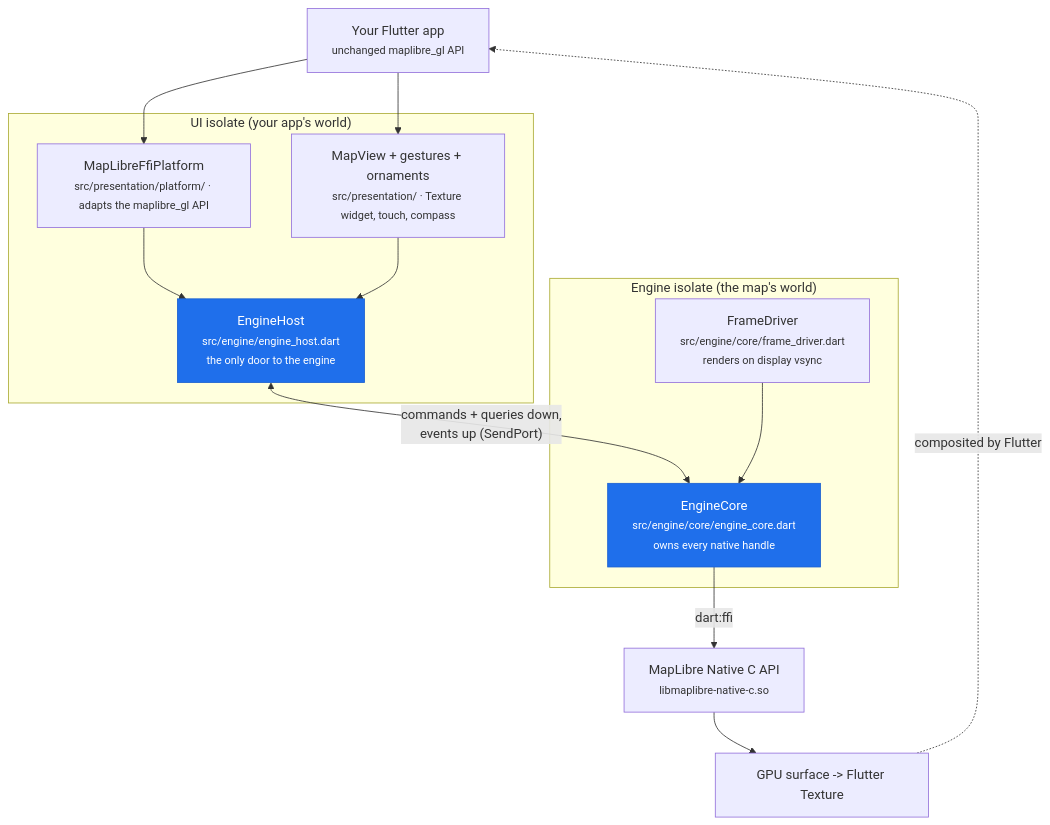
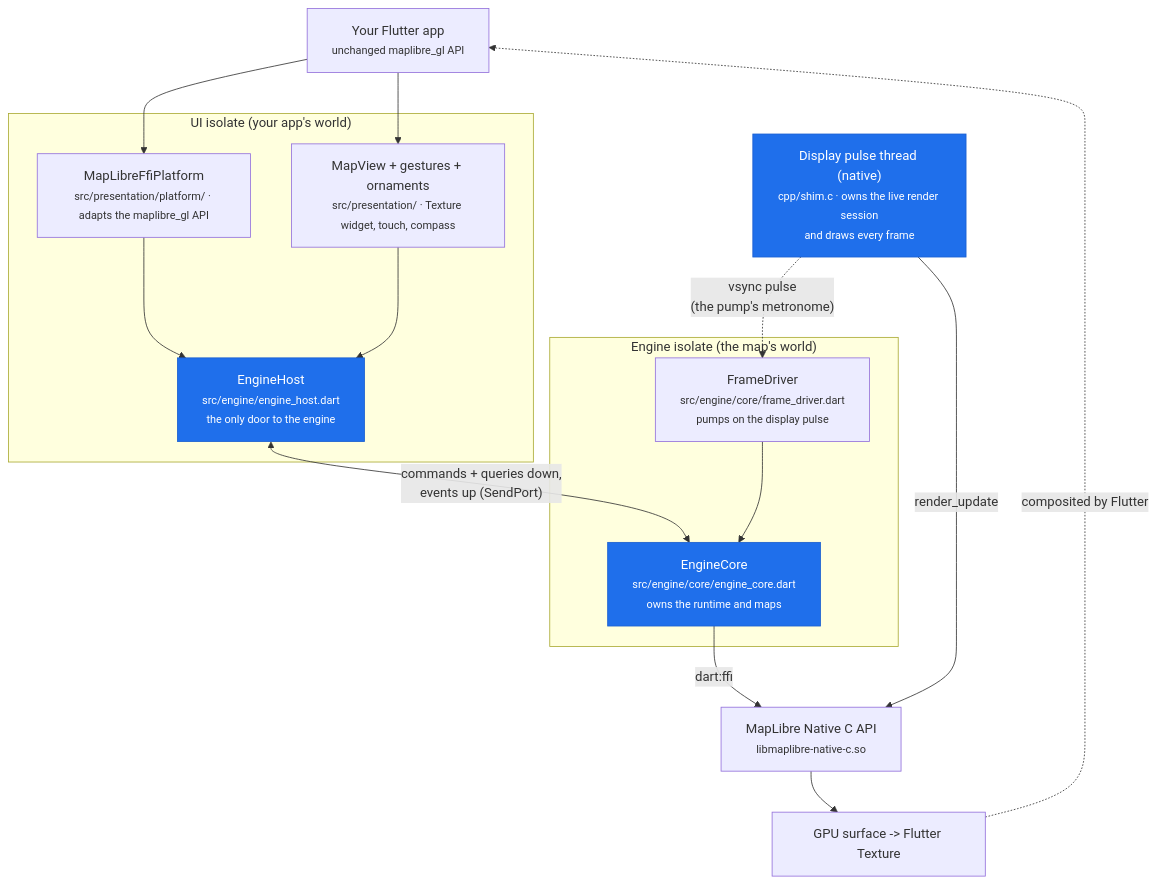
One commit to maplibre/flutter-maplibre-gl changed the first of 3 diagrams in maplibre_gl_native/ARCHITECTURE.md. Above: the diagram before and after it, drawn with Mermaid. The commit also changed other lines of this file and 7 other files, not shown here.

Commit message:
docs(ffi): make the docs match who draws, and add an MLN_NATIVE_HTTP escape hatch

````diff
--- a/maplibre_gl_native/ARCHITECTURE.md
+++ b/maplibre_gl_native/ARCHITECTURE.md
@@ -11,28 +11,31 @@
 ```mermaid
 flowchart TD
     APP["Your Flutter app<br/><small>unchanged maplibre_gl API</small>"]
     subgraph UI["UI isolate (your app's world)"]
         PLAT["MapLibreFfiPlatform<br/><small>src/presentation/platform/ · adapts the maplibre_gl API</small>"]
         VIEW["MapView + gestures + ornaments<br/><small>src/presentation/ · Texture widget, touch, compass</small>"]
         HOST["EngineHost<br/><small>src/engine/engine_host.dart<br/>the only door to the engine</small>"]
     end
     subgraph ENGINE["Engine isolate (the map's world)"]
-        DRIVER["FrameDriver<br/><small>src/engine/core/frame_driver.dart<br/>renders on display vsync</small>"]
-        CORE["EngineCore<br/><small>src/engine/core/engine_core.dart<br/>owns every native handle</small>"]
+        DRIVER["FrameDriver<br/><small>src/engine/core/frame_driver.dart<br/>pumps on the display pulse</small>"]
+        CORE["EngineCore<br/><small>src/engine/core/engine_core.dart<br/>owns the runtime and maps</small>"]
     end
+    SHIM["Display pulse thread (native)<br/><small>cpp/shim.c · owns the live render session<br/>and draws every frame</small>"]
     NATIVE["MapLibre Native C API<br/><small>libmaplibre-native-c.so</small>"]
     GPU["GPU surface -> Flutter Texture"]
 
     APP --> PLAT
     APP --> VIEW
     PLAT --> HOST
     VIEW --> HOST
     HOST <-->|"commands + queries down,<br/>events up (SendPort)"| CORE
     DRIVER --> CORE
+    SHIM -.->|"vsync pulse<br/>(the pump's metronome)"| DRIVER
+    SHIM -->|render_update| NATIVE
     CORE -->|dart:ffi| NATIVE
     NATIVE --> GPU
     GPU -.->|"composited by Flutter"| APP
 
     classDef emphasis fill:#1f6feb,stroke:#1a5fd0,color:#fff;
-    class HOST,CORE emphasis
+    class HOST,CORE,SHIM emphasis
 ```
````
